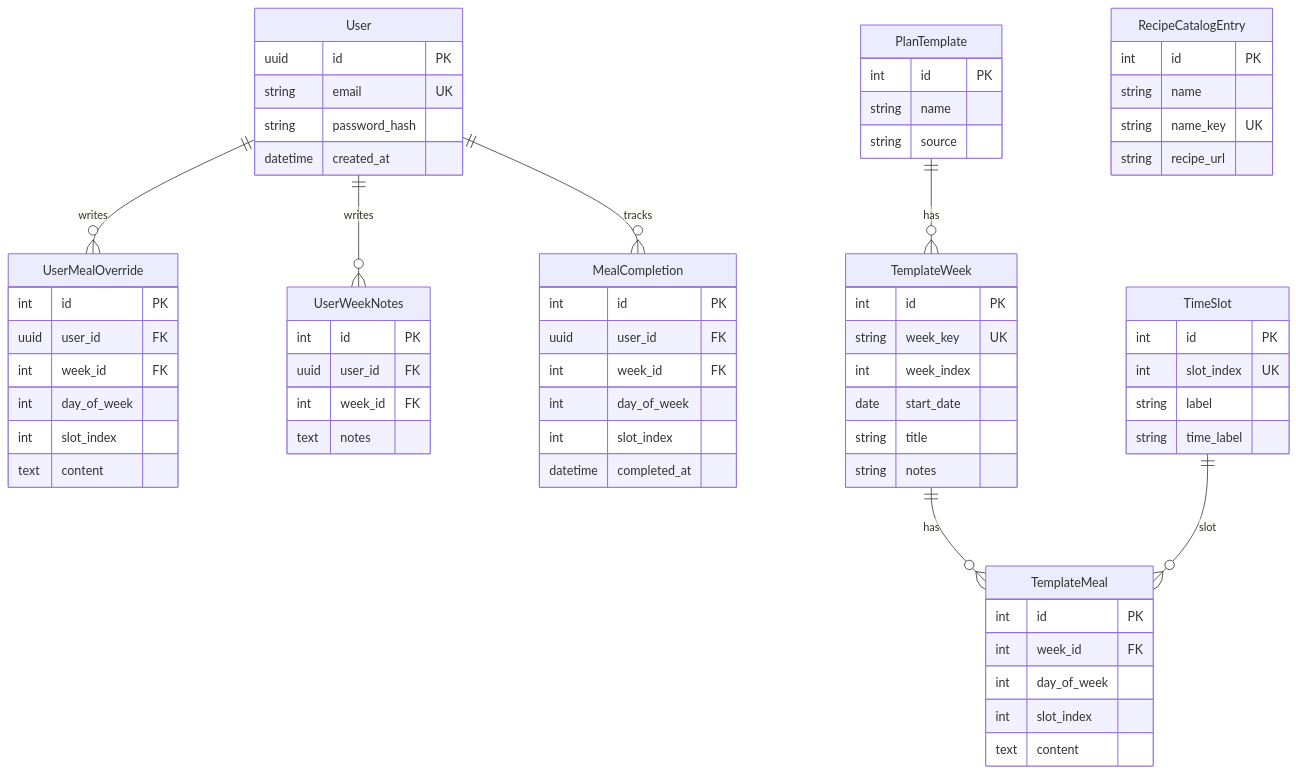
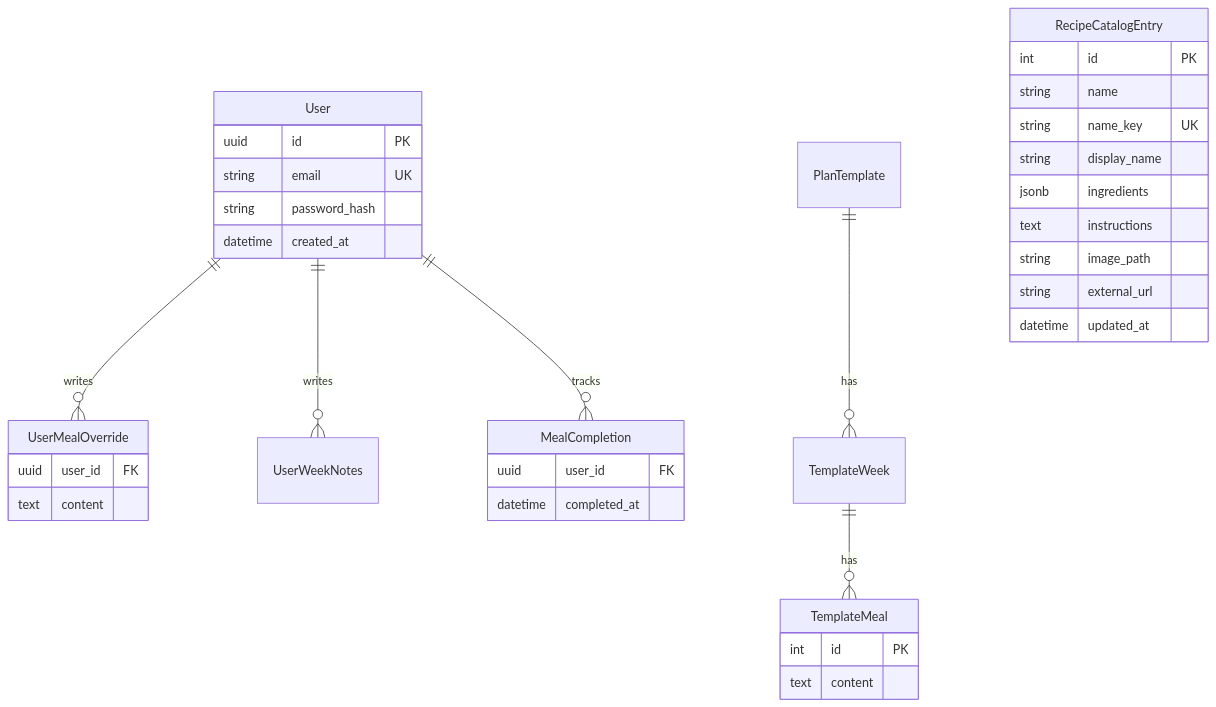
Before and after one commit to yayatitech/DailyDiet: the third of 3 diagrams in docs/ARCHITECTURE.md, drawn with Mermaid. The commit also changed other lines of this file and 21 other files, not shown here.

````diff
--- a/docs/ARCHITECTURE.md
+++ b/docs/ARCHITECTURE.md
@@ -71,70 +134,38 @@
 ```mermaid
 erDiagram
   User ||--o{ UserMealOverride : writes
   User ||--o{ UserWeekNotes : writes
   User ||--o{ MealCompletion : tracks
   PlanTemplate ||--o{ TemplateWeek : has
   TemplateWeek ||--o{ TemplateMeal : has
-  TimeSlot ||--o{ TemplateMeal : slot
 
   User {
     uuid id PK
     string email UK
     string password_hash
     datetime created_at
   }
-  TimeSlot {
-    int id PK
-    int slot_index UK
-    string label
-    string time_label
-  }
-  PlanTemplate {
-    int id PK
-    string name
-    string source
-  }
-  TemplateWeek {
-    int id PK
-    string week_key UK
-    int week_index
-    date start_date
-    string title
-    string notes
-  }
   TemplateMeal {
     int id PK
-    int week_id FK
-    int day_of_week
-    int slot_index
     text content
   }
   UserMealOverride {
-    int id PK
     uuid user_id FK
-    int week_id FK
-    int day_of_week
-    int slot_index
     text content
   }
-  UserWeekNotes {
-    int id PK
+  MealCompletion {
     uuid user_id FK
-    int week_id FK
-    text notes
-  }
-  MealCompletion {
-    int id PK
-    uuid user_id FK
-    int week_id FK
-    int day_of_week
-    int slot_index
     datetime completed_at
   }
   RecipeCatalogEntry {
     int id PK
     string name
     string name_key UK
-    string recipe_url
+    string display_name
+    jsonb ingredients
+    text instructions
+    string image_path
+    string external_url
+    datetime updated_at
   }
 ```
````
